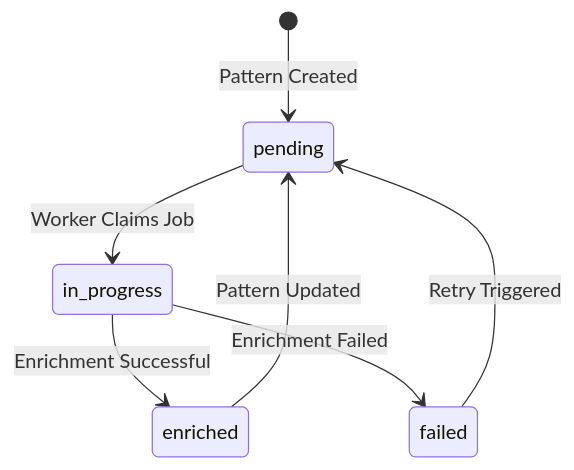
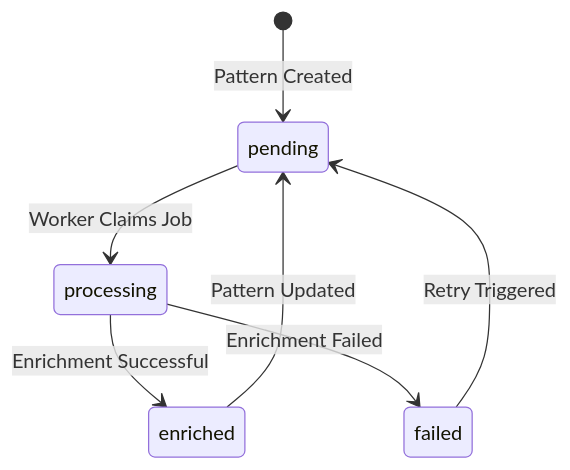
The third of 14 diagrams in docs/architecture/04-data-architecture.md (twistingmercury/mnemonic-mcp), drawn with Mermaid before and after one commit. The commit also changed other lines of this file and 4 other files, not shown here.

````diff
--- a/docs/architecture/04-data-architecture.md
+++ b/docs/architecture/04-data-architecture.md
@@ -264,9 +253,9 @@
 ```mermaid
 stateDiagram-v2
     [*] --> pending: Pattern Created
-    pending --> in_progress: Worker Claims Job
-    in_progress --> enriched: Enrichment Successful
-    in_progress --> failed: Enrichment Failed
+    pending --> processing: Worker Claims Job
+    processing --> enriched: Enrichment Successful
+    processing --> failed: Enrichment Failed
     failed --> pending: Retry Triggered
     enriched --> pending: Pattern Updated
 ```
````
